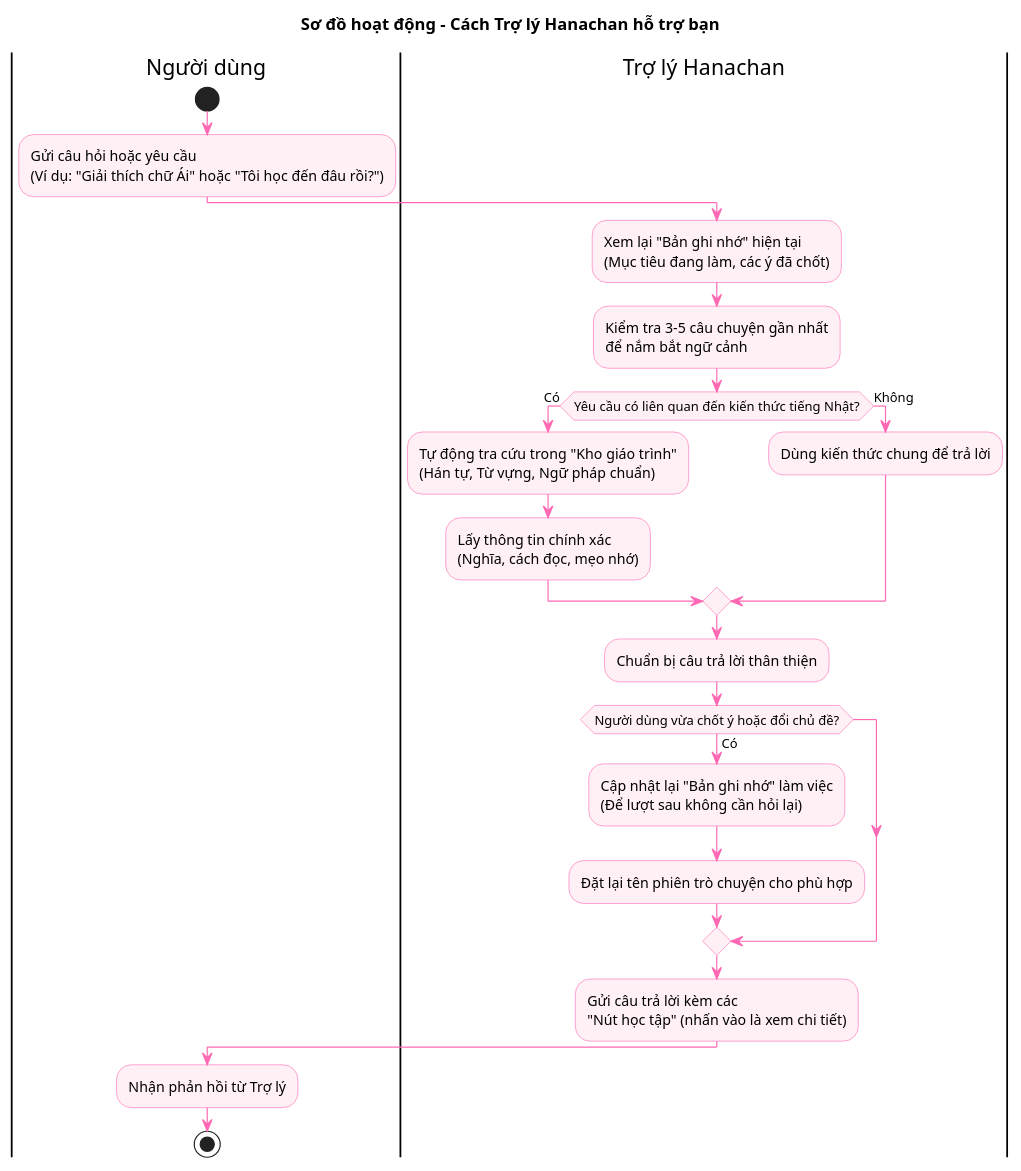
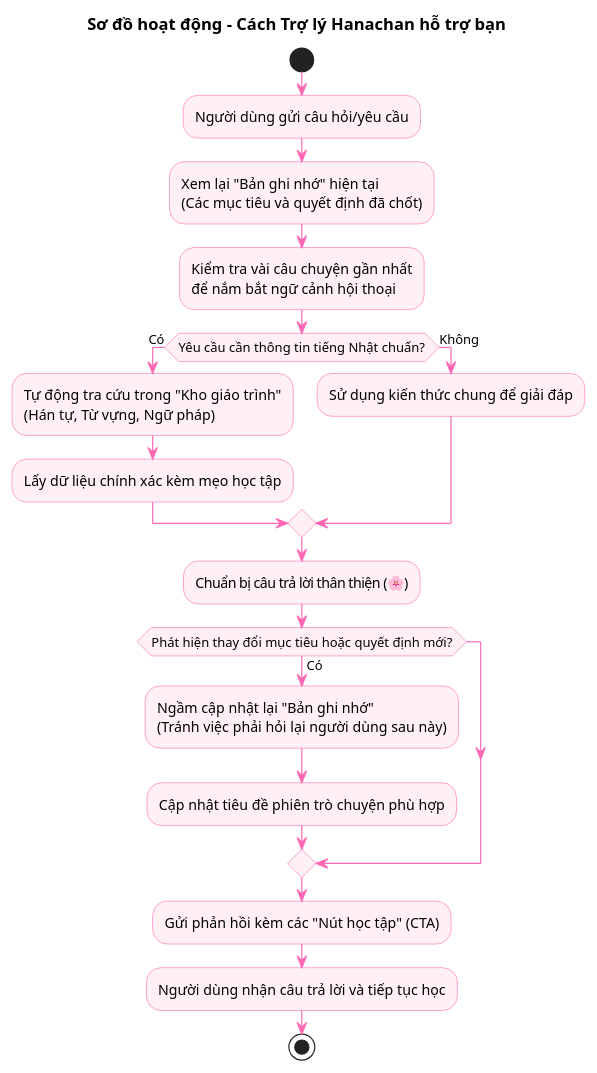
One commit to anhtranguyen-github/Hanachan changed the diagram in docs/businessflow/chatbot_logic_flow.puml. Above: the diagram before and after it, drawn with PlantUML.

Commit message:
docs: simplify chatbot activity diagram to single flow

```diff
--- a/docs/businessflow/chatbot_logic_flow.puml
+++ b/docs/businessflow/chatbot_logic_flow.puml
@@ -1,43 +1,34 @@
 @startuml
 title Sơ đồ hoạt động - Cách Trợ lý Hanachan hỗ trợ bạn
 skinparam shadowing false
 skinparam ArrowColor #FF69B4
 skinparam ActivityBackgroundColor #FFF0F5
 skinparam ActivityBorderColor #FF69B4
+skinparam DefaultFontName "Segoe UI"
 
-|Người dùng|
 start
-:Gửi câu hỏi hoặc yêu cầu
-(Ví dụ: "Giải thích chữ Ái" hoặc "Tôi học đến đâu rồi?");
+:Người dùng gửi câu hỏi/yêu cầu;
 
-|Trợ lý Hanachan|
-:Xem lại "Bản ghi nhớ" hiện tại
-(Mục tiêu đang làm, các ý đã chốt);
+:Xem lại "Bản ghi nhớ" hiện tại\n(Các mục tiêu và quyết định đã chốt);
 
-:Kiểm tra 3-5 câu chuyện gần nhất
-để nắm bắt ngữ cảnh;
+:Kiểm tra vài câu chuyện gần nhất\nđể nắm bắt ngữ cảnh hội thoại;
 
-if (Yêu cầu có liên quan đến kiến thức tiếng Nhật?) then (Có)
-  :Tự động tra cứu trong "Kho giáo trình"
-  (Hán tự, Từ vựng, Ngữ pháp chuẩn);
-  :Lấy thông tin chính xác
-  (Nghĩa, cách đọc, mẹo nhớ);
+if (Yêu cầu cần thông tin tiếng Nhật chuẩn?) then (Có)
+  :Tự động tra cứu trong "Kho giáo trình"\n(Hán tự, Từ vựng, Ngữ pháp);
+  :Lấy dữ liệu chính xác kèm mẹo học tập;
 else (Không)
-  :Dùng kiến thức chung để trả lời;
+  :Sử dụng kiến thức chung để giải đáp;
 endif
 
-:Chuẩn bị câu trả lời thân thiện;
+:Chuẩn bị câu trả lời thân thiện (🌸);
 
-if (Người dùng vừa chốt ý hoặc đổi chủ đề?) then (Có)
-  :Cập nhật lại "Bản ghi nhớ" làm việc
-  (Để lượt sau không cần hỏi lại);
-  :Đặt lại tên phiên trò chuyện cho phù hợp;
+if (Phát hiện thay đổi mục tiêu hoặc quyết định mới?) then (Có)
+  :Ngầm cập nhật lại "Bản ghi nhớ"\n(Tránh việc phải hỏi lại người dùng sau này);
+  :Cập nhật tiêu đề phiên trò chuyện phù hợp;
 endif
 
-:Gửi câu trả lời kèm các
-"Nút học tập" (nhấn vào là xem chi tiết);
+:Gửi phản hồi kèm các "Nút học tập" (CTA);
 
-|Người dùng|
-:Nhận phản hồi từ Trợ lý;
+:Người dùng nhận câu trả lời và tiếp tục học;
 stop
 @enduml
```
